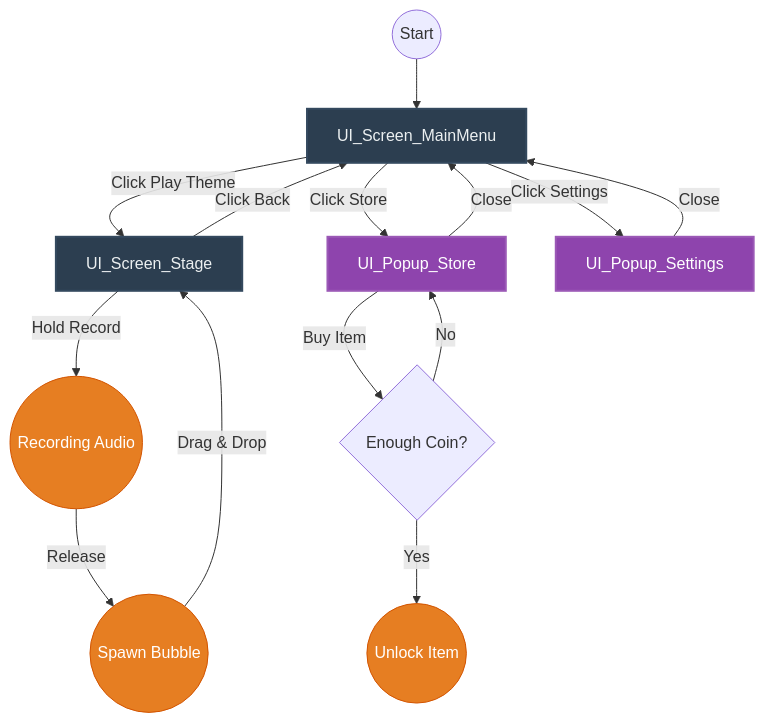
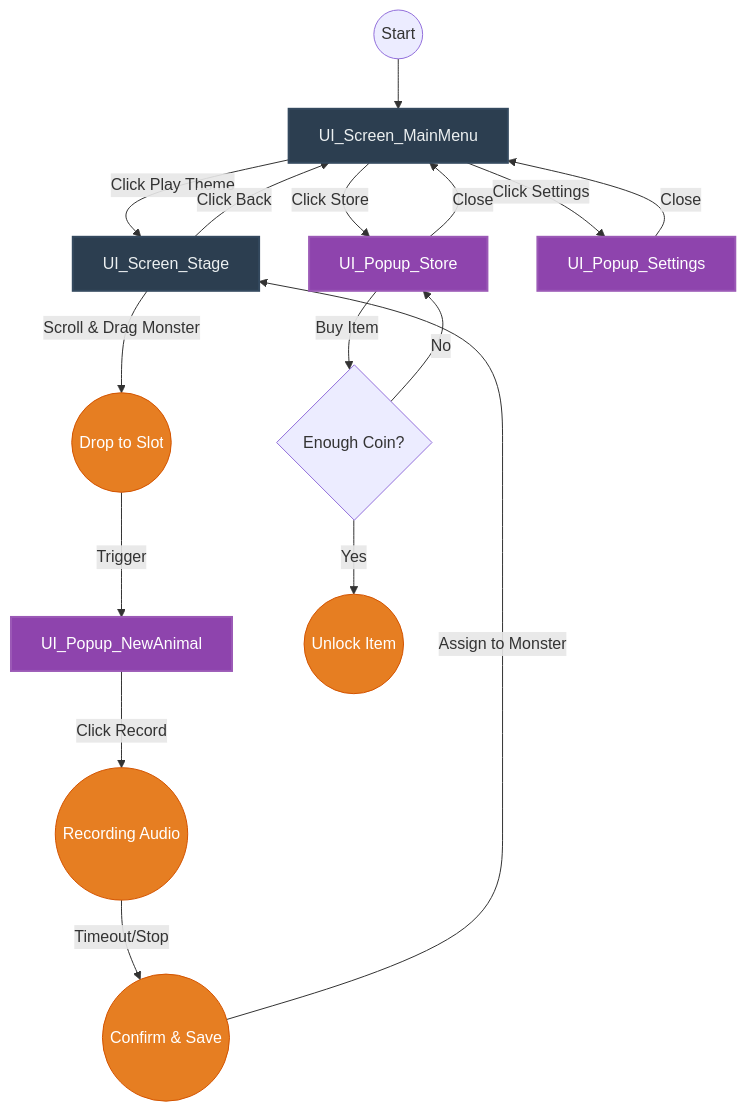
Before and after one commit to namtvn07-glitch/game_mcp_unity: the diagram in Assets/Projects/Monster-vox/Monster-vox_UX_Wireframes.md, drawn with Mermaid. The commit also changed other lines of this file and 113 other files, not shown here.

````diff
--- a/Assets/Projects/Monster-vox/Monster-vox_UX_Wireframes.md
+++ b/Assets/Projects/Monster-vox/Monster-vox_UX_Wireframes.md
@@ -5,31 +5,33 @@
 ```mermaid
 graph TD
     %% Define Styles
     classDef screen fill:#2C3E50,stroke:#34495E,stroke-width:2px,color:#ECF0F1;
     classDef popup fill:#8E44AD,stroke:#9B59B6,stroke-width:2px,color:#FFF;
     classDef action fill:#E67E22,stroke:#D35400,stroke-width:1px,color:#FFF;
 
     %% Nodes
     Init((Start)) --> Home[UI_Screen_MainMenu]
     
     Home -->|Click Play Theme| Stage[UI_Screen_Stage]
     Home -->|Click Store| Store[UI_Popup_Store]
     Home -->|Click Settings| Settings[UI_Popup_Settings]
     
-    Stage -->|Hold Record| Record((Recording Audio))
-    Record -->|Release| SpawnBubble((Spawn Bubble))
-    SpawnBubble -->|Drag & Drop| Stage
+    Stage -->|Scroll & Drag Monster| Slot((Drop to Slot))
+    Slot -->|Trigger| NewAnimalPopup[UI_Popup_NewAnimal]
+    NewAnimalPopup -->|Click Record| Record((Recording Audio))
+    Record -->|Timeout/Stop| Confirm((Confirm & Save))
+    Confirm -->|Assign to Monster| Stage
     Stage -->|Click Back| Home
     
     Store -->|Buy Item| CheckCoin{Enough Coin?}
     CheckCoin -->|Yes| UnlockItem((Unlock Item))
     CheckCoin -->|No| Store
     Store -->|Close| Home
     
     Settings -->|Close| Home
 
     %% Assign Styles
     class Home,Stage screen;
-    class Store,Settings popup;
-    class Record,SpawnBubble,UnlockItem action;
+    class Store,Settings,NewAnimalPopup popup;
+    class Record,Slot,UnlockItem,Confirm action;
 ```
````
